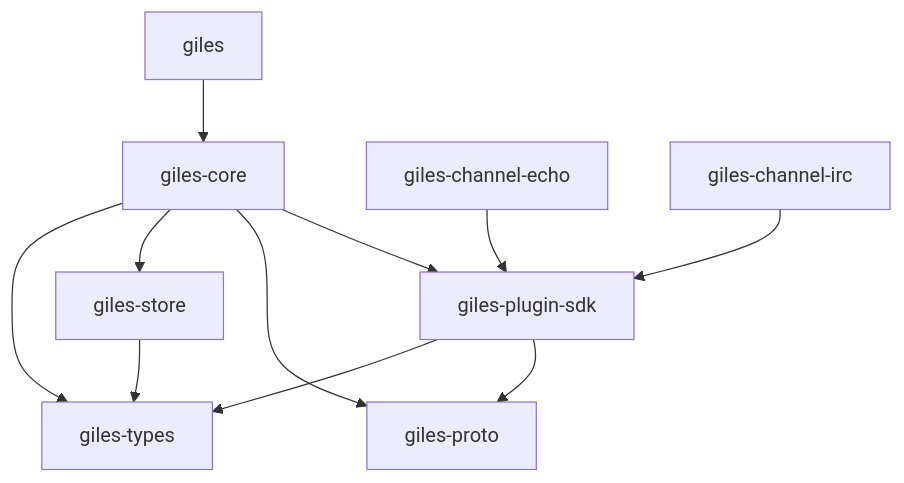
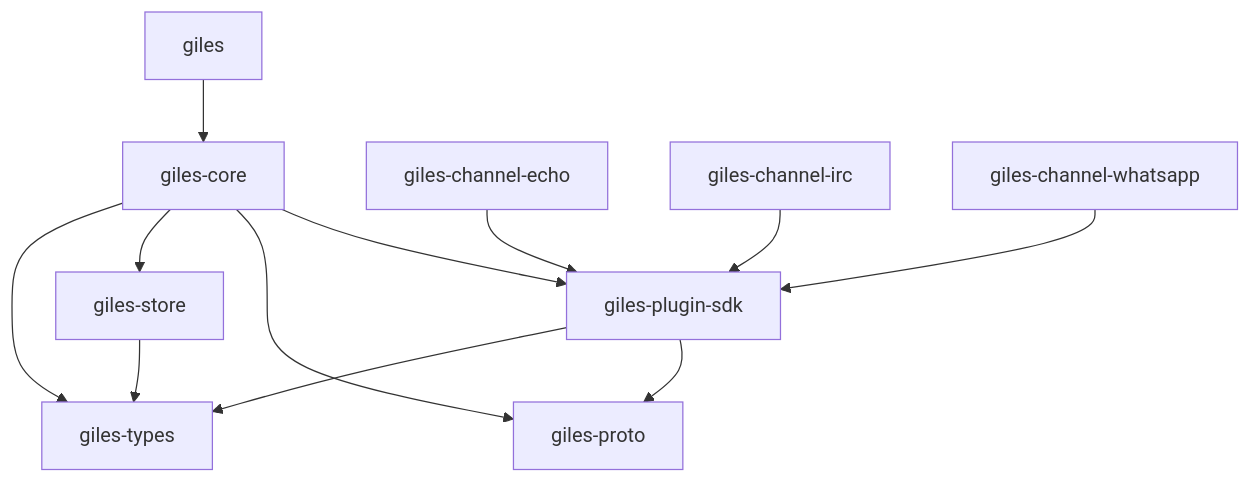
Before and after one commit to jennings/giles: the diagram in Docs/technical/workspace.md, drawn with Mermaid. The commit also changed other lines of this file and 10 other files, not shown here.

````diff
--- a/Docs/technical/workspace.md
+++ b/Docs/technical/workspace.md
@@ -27,13 +28,14 @@
 ```mermaid
 flowchart TD
   giles --> core[giles-core]
   core --> types[giles-types]
   core --> store[giles-store]
   core --> proto[giles-proto]
   core --> sdk[giles-plugin-sdk]
   sdk --> types
   sdk --> proto
   store --> types
   echo[giles-channel-echo] --> sdk
   irc[giles-channel-irc] --> sdk
+  whatsapp[giles-channel-whatsapp] --> sdk
 ```
````
